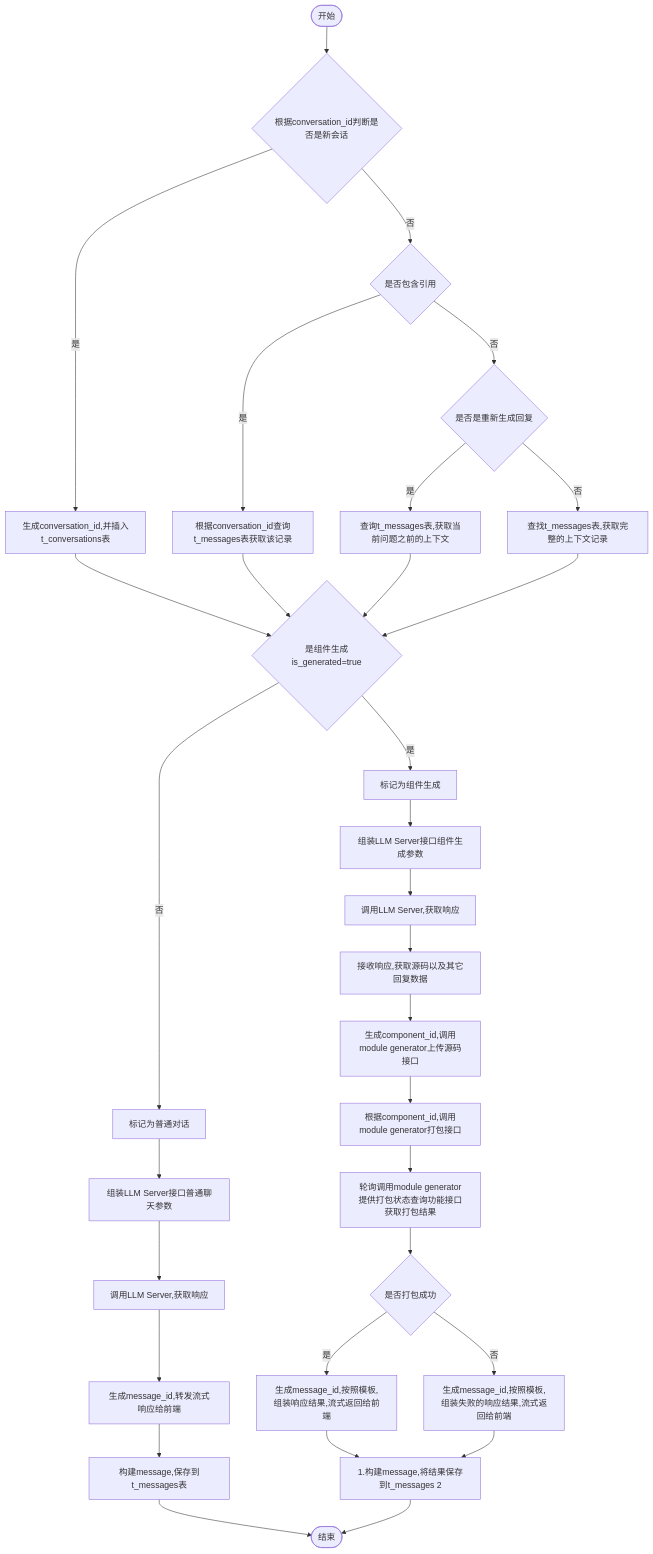
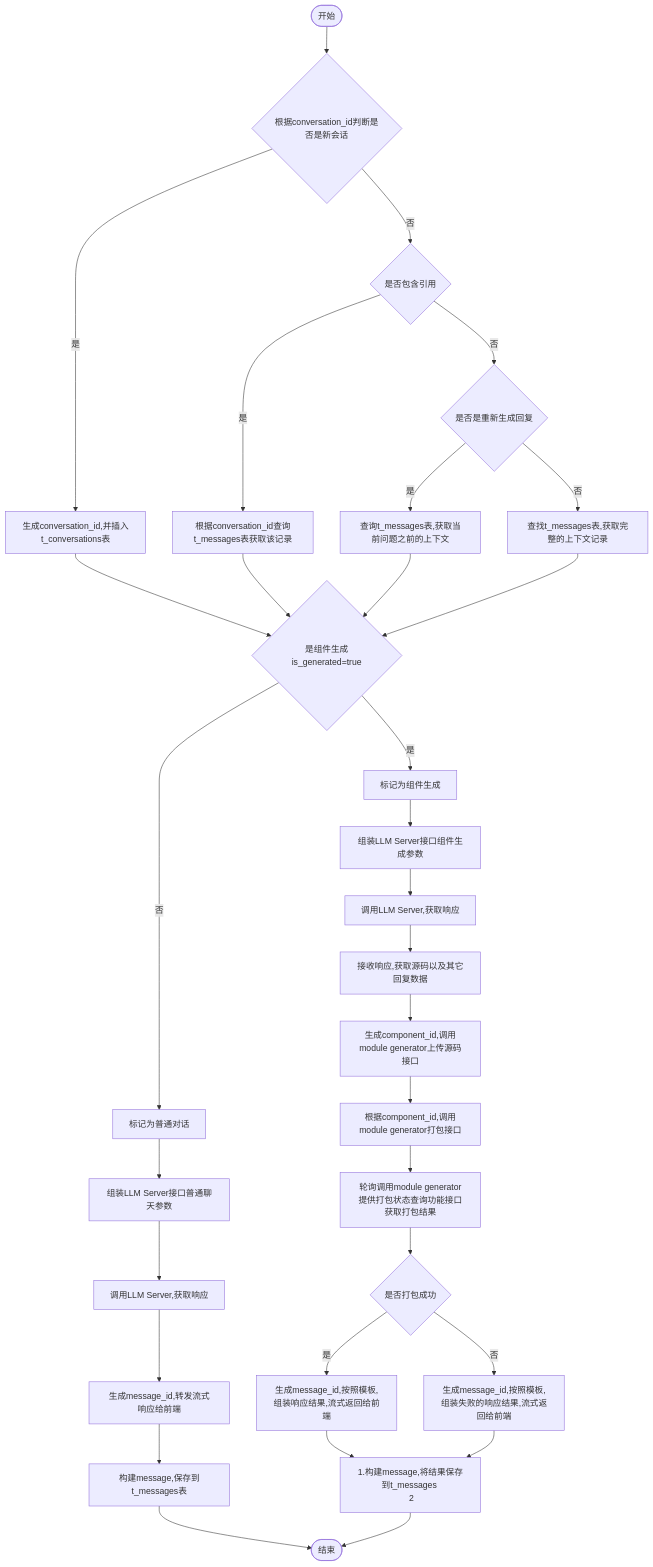
The diagram in all/v0.1.0会话.md (yingjianzh/iodraw-files), drawn with Mermaid before and after one commit.

Commit message:
2024-10-12 17:21:45 update

````diff
--- a/all/v0.1.0会话.md
+++ b/all/v0.1.0会话.md
@@ -1,34 +1,34 @@
 ```mermaid
 flowchart TD
     A([开始]) --> B{根据conversation_id判断是否是新会话}
     B -- 是 --> C[生成conversation_id,并插入t_conversations表]
     B -- 否 --> D{是否包含引用}
     D -- 是 --> E[根据conversation_id查询t_messages表获取该记录]
     D -- 否 --> F{是否是重新生成回复}
     F -- 是 --> G[查询t_messages表,获取当前问题之前的上下文]
     F -- 否 --> H[查找t_messages表,获取完整的上下文记录]
      
     C & E & G & H --> I{是组件生成is_generated=true}
     I -- 是 --> J[标记为组件生成]
     I -- 否 --> K[标记为普通对话]
 
     J --> L[组装LLM Server接口组件生成参数]    
     K --> M[组装LLM Server接口普通聊天参数]    
     M --> N[调用LLM Server,获取响应]    
     N --> O[生成message_id,转发流式响应给前端]
     O --> P[构建message,保存到t_messages表]
     P --> R([结束])
 
 
     L --> S[调用LLM Server,获取响应]
     S --> T[接收响应,获取源码以及其它回复数据]
     T --> U[生成component_id,调用module generator上传源码接口]
     U --> V[根据component_id,调用module generator打包接口]
     V --> W[轮询调用module generator提供打包状态查询功能接口获取打包结果]
     W --> X{是否打包成功}
     X -- 是 --> Y[生成message_id,按照模板,组装响应结果,流式返回给前端]
     X -- 否 --> Z[生成message_id,按照模板,组装失败的响应结果,流式返回给前端]
 
-    Y & Z --> Result[1.构建message,将结果保存到t_messages 2]
+    Y & Z --> Result[1.构建message,将结果保存到t_messages \n 2]
     Result --> R
 ```
````
